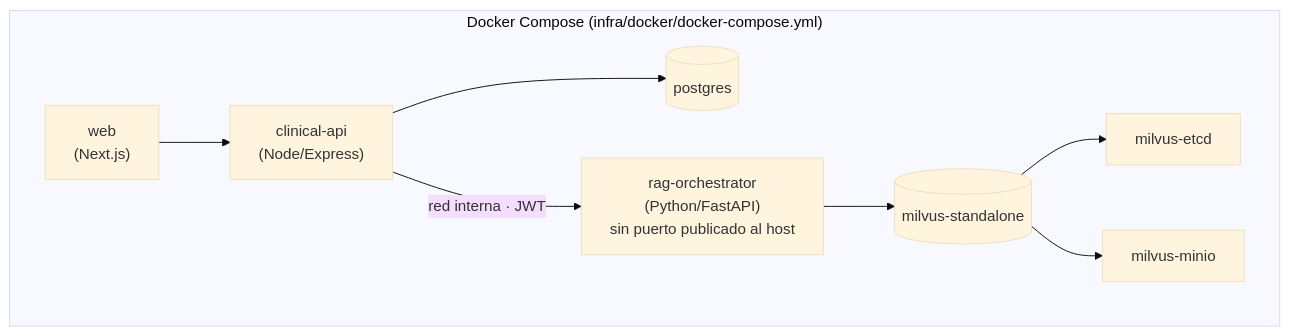
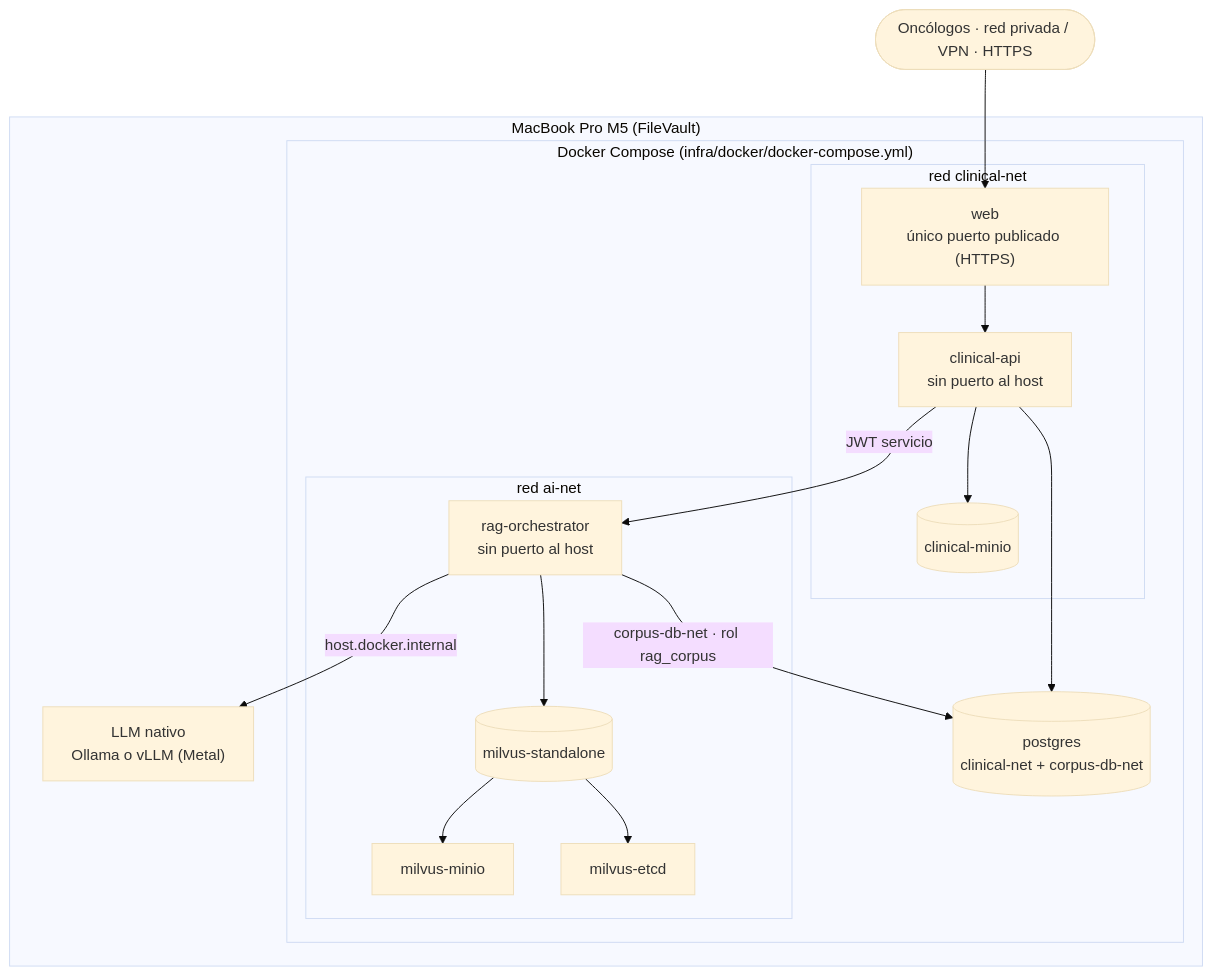
Before and after one commit to hatrickmario/OncoLens-Lab: the fourth of 7 diagrams in readme.md, drawn with Mermaid (base theme). The commit also changed other lines of this file and 2 other files, not shown here.

First line of the commit message:
Actualizar README y diagrama C4, y agregar PRD con las decisiones de la revisión técnica (#1)

````diff
--- a/readme.md
+++ b/readme.md
@@ -319,19 +360,31 @@
 ```mermaid
 flowchart TD
-    subgraph Host["Docker Compose (infra/docker/docker-compose.yml)"]
-        FE["web<br/>(Next.js)"]
-        BE1["clinical-api<br/>(Node/Express)"]
-        BE2["rag-orchestrator<br/>(Python/FastAPI)<br/>sin puerto publicado al host"]
-        PG[("postgres")]
-        ETCD["milvus-etcd"]
-        MINIO["milvus-minio"]
-        MV[("milvus-standalone")]
-
-        FE --> BE1
-        BE1 --> PG
-        BE1 -- "red interna · JWT" --> BE2
-        BE2 --> MV
-        MV --> ETCD
-        MV --> MINIO
+    VPN(["Oncólogos · red privada / VPN · HTTPS"])
+    subgraph Host["MacBook Pro M5 (FileVault)"]
+        LLM["LLM nativo<br/>Ollama o vLLM (Metal)"]
+        subgraph Compose["Docker Compose (infra/docker/docker-compose.yml)"]
+            subgraph CN["red clinical-net"]
+                FE["web<br/>único puerto publicado (HTTPS)"]
+                BE1["clinical-api<br/>sin puerto al host"]
+                CM[("clinical-minio")]
+            end
+            PG[("postgres<br/>clinical-net + corpus-db-net")]
+            subgraph AN["red ai-net"]
+                BE2["rag-orchestrator<br/>sin puerto al host"]
+                MV[("milvus-standalone")]
+                ETCD["milvus-etcd"]
+                MMINIO["milvus-minio"]
+            end
+        end
     end
+    VPN --> FE
+    FE --> BE1
+    BE1 --> PG
+    BE1 --> CM
+    BE1 -- "JWT servicio" --> BE2
+    BE2 -- "corpus-db-net · rol rag_corpus" --> PG
+    BE2 --> MV
+    MV --> ETCD
+    MV --> MMINIO
+    BE2 -- "host.docker.internal" --> LLM
 ```
````
